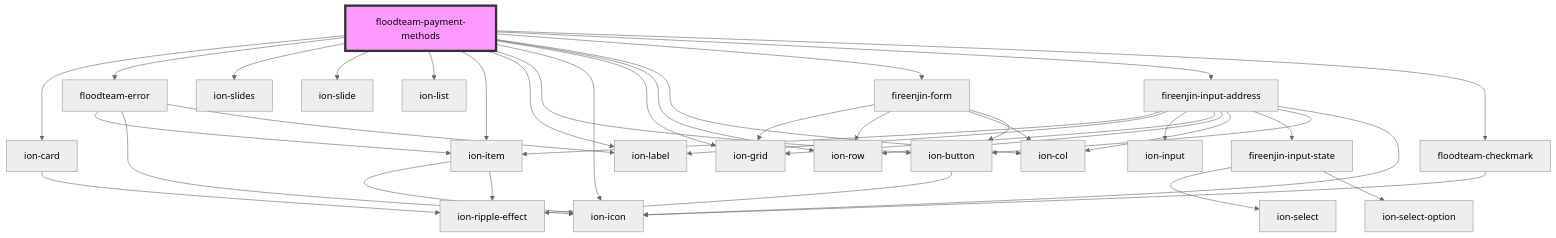
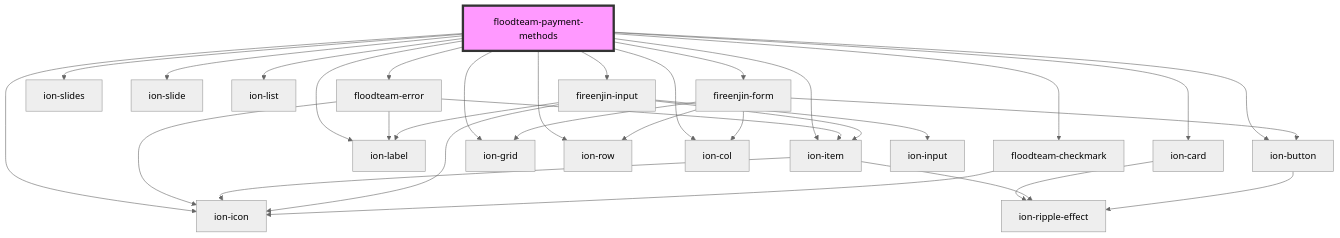
One commit to FloodTeam/components changed the diagram in src/components/payment-methods/readme.md. Above: the diagram before and after it, drawn with Mermaid (neutral theme). The commit also changed other lines of this file and 8 other files, not shown here.

````diff
--- a/src/components/payment-methods/readme.md
+++ b/src/components/payment-methods/readme.md
@@ -44,42 +46,35 @@
 ```mermaid
 graph TD;
   floodteam-payment-methods --> ion-card
   floodteam-payment-methods --> floodteam-error
   floodteam-payment-methods --> ion-slides
   floodteam-payment-methods --> ion-slide
   floodteam-payment-methods --> ion-list
   floodteam-payment-methods --> ion-item
   floodteam-payment-methods --> ion-label
   floodteam-payment-methods --> ion-button
   floodteam-payment-methods --> ion-icon
   floodteam-payment-methods --> ion-grid
   floodteam-payment-methods --> ion-row
   floodteam-payment-methods --> ion-col
   floodteam-payment-methods --> fireenjin-form
-  floodteam-payment-methods --> fireenjin-input-address
+  floodteam-payment-methods --> fireenjin-input
   floodteam-payment-methods --> floodteam-checkmark
   ion-card --> ion-ripple-effect
   floodteam-error --> ion-item
   floodteam-error --> ion-icon
   floodteam-error --> ion-label
   ion-item --> ion-icon
   ion-item --> ion-ripple-effect
   ion-button --> ion-ripple-effect
   fireenjin-form --> ion-grid
   fireenjin-form --> ion-row
   fireenjin-form --> ion-col
   fireenjin-form --> ion-button
-  fireenjin-input-address --> ion-item
-  fireenjin-input-address --> ion-label
-  fireenjin-input-address --> ion-input
-  fireenjin-input-address --> ion-grid
-  fireenjin-input-address --> ion-row
-  fireenjin-input-address --> ion-col
-  fireenjin-input-address --> fireenjin-input-state
-  fireenjin-input-address --> ion-button
-  fireenjin-input-address --> ion-icon
-  fireenjin-input-state --> ion-select
-  fireenjin-input-state --> ion-select-option
+  fireenjin-input --> ion-input
+  fireenjin-input --> ion-item
+  fireenjin-input --> ion-icon
+  fireenjin-input --> ion-label
   floodteam-checkmark --> ion-icon
   style floodteam-payment-methods fill:#f9f,stroke:#333,stroke-width:4px
 ```
````
